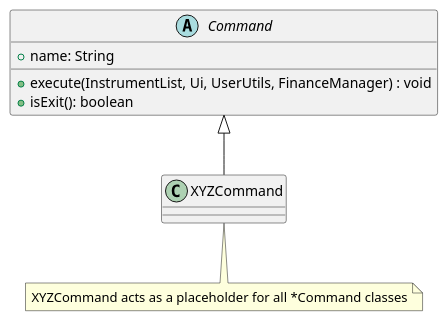
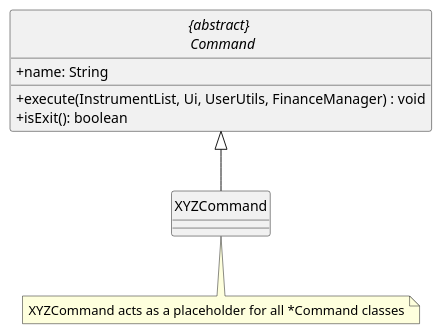
The diagram in docs/uml-diagrams/uml-source/CommandClass.puml (adoorknob/tp), drawn with PlantUML before and after one commit. The commit also changed 10 other files, not shown here.

Commit message:
Fix DG UML diagrams and typos

```diff
--- a/docs/uml-diagrams/uml-source/CommandClass.puml
+++ b/docs/uml-diagrams/uml-source/CommandClass.puml
@@ -1,15 +1,17 @@
 @startuml
-abstract class Command {
+hide circle
+skinparam classAttributeIconSize 0
+abstract "{abstract} \n Command" {
 +name: String
 +execute(InstrumentList, Ui, UserUtils, FinanceManager) : void
 +isExit(): boolean
 }
 
 class XYZCommand
 
-Command <|-- XYZCommand
+ "{abstract} \n Command"<|-- XYZCommand
 
 note "XYZCommand acts as a placeholder for all *Command classes" as N1
 
 XYZCommand .. N1
 @enduml
```
